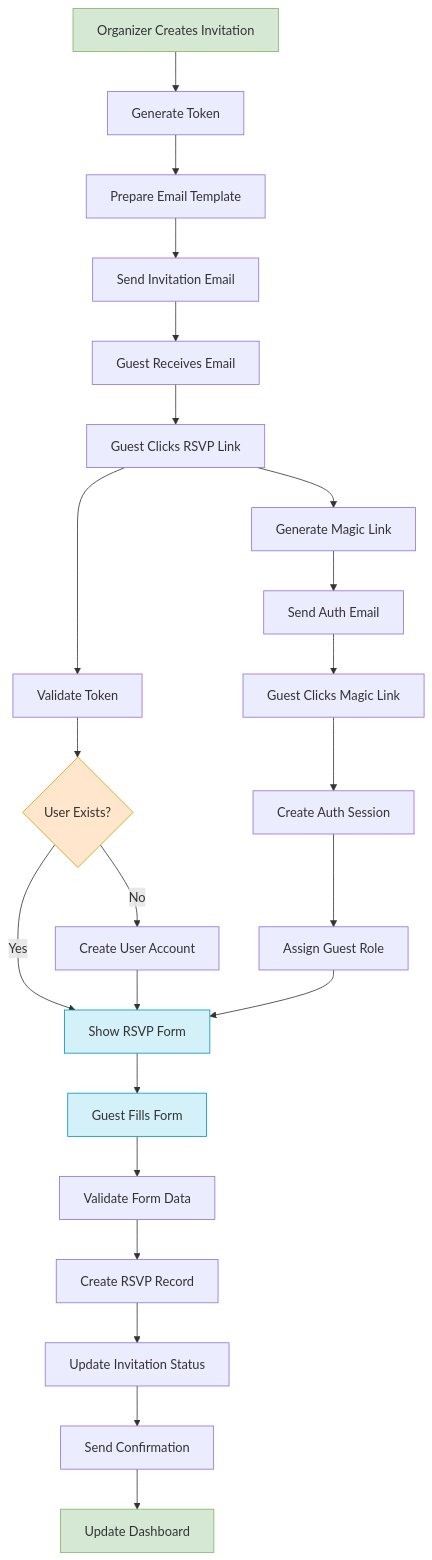
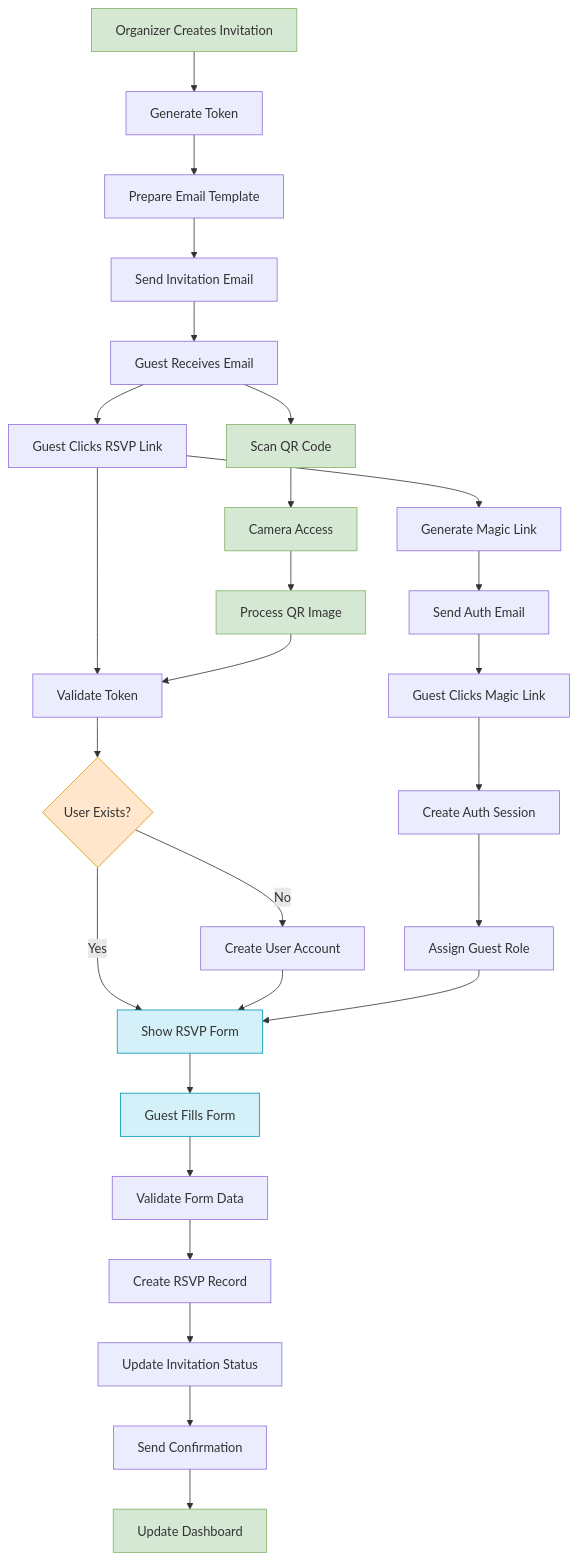
Before and after one commit to mrj0nesmtl/cloud-burst: the diagram in docs/user-flows/invitation and RSVP system flow.md, drawn with Mermaid. The commit also changed other lines of this file and 5 other files, not shown here.

````diff
--- a/docs/user-flows/invitation and RSVP system flow.md
+++ b/docs/user-flows/invitation and RSVP system flow.md
@@ -5,34 +5,42 @@
 ```mermaid
 graph TD
     A[Organizer Creates Invitation] --> B[Generate Token]
     B --> C[Prepare Email Template]
     C --> D[Send Invitation Email]
     D --> E[Guest Receives Email]
     E --> F[Guest Clicks RSVP Link]
     
     F --> G[Validate Token]
     G --> H{User Exists?}
     H -->|No| I[Create User Account]
     H -->|Yes| J[Show RSVP Form]
     I --> J
     
     F --> K[Generate Magic Link]
     K --> L[Send Auth Email]
     L --> M[Guest Clicks Magic Link]
     M --> N[Create Auth Session]
     N --> O[Assign Guest Role]
     O --> J
     
     J --> P[Guest Fills Form]
     P --> Q[Validate Form Data]
     Q --> R[Create RSVP Record]
     R --> S[Update Invitation Status]
     S --> T[Send Confirmation]
     T --> U[Update Dashboard]
+
+    E --> V[Scan QR Code]
+    V --> W[Camera Access]
+    W --> X[Process QR Image]
+    X --> G
     
     style A fill:#d5e8d4,stroke:#82b366
     style H fill:#ffe6cc,stroke:#d79b00
     style J fill:#d4f1f9,stroke:#0095b6
     style P fill:#d4f1f9,stroke:#0095b6
     style U fill:#d5e8d4,stroke:#82b366
+    style V fill:#d5e8d4,stroke:#82b366
+    style W fill:#d5e8d4,stroke:#82b366
+    style X fill:#d5e8d4,stroke:#82b366
 ```
````
